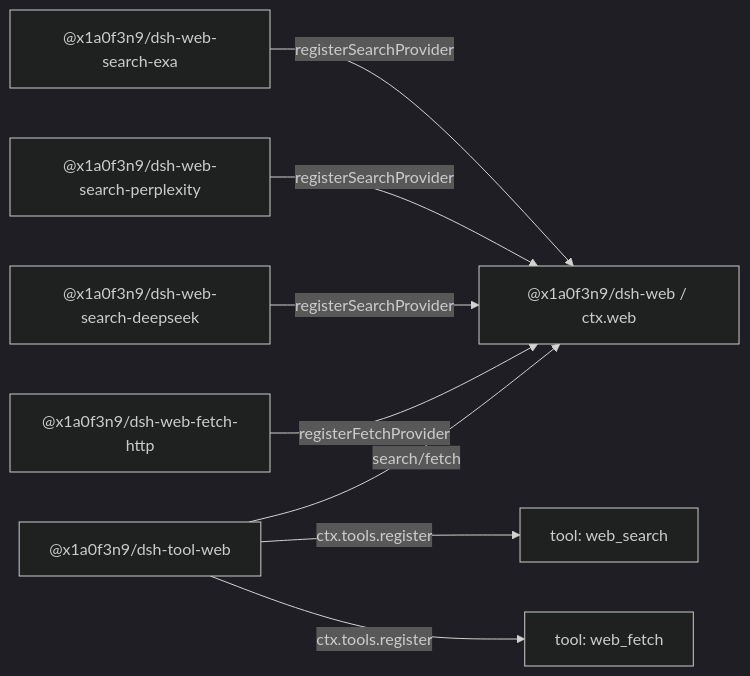
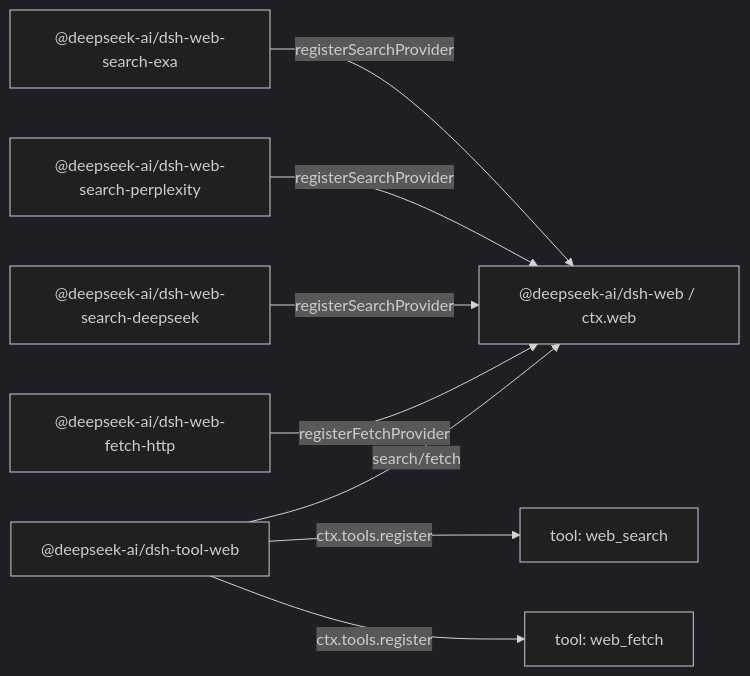
Before and after one commit to 0r4ng3cc/deepseek-harness: the diagram in .agents/notes/implemented/architecture/2026-06-24-web-capability-seam.md, drawn with Mermaid (dark theme). The commit also changed other lines of this file and 4642 other files, not shown here.

````diff
--- a/.agents/notes/implemented/architecture/2026-06-24-web-capability-seam.md
+++ b/.agents/notes/implemented/architecture/2026-06-24-web-capability-seam.md
@@ -58,10 +58,10 @@
 ```mermaid
 flowchart LR
-  exa["@x1a0f3n9/dsh-web-search-exa"] -->|registerSearchProvider| web["@x1a0f3n9/dsh-web / ctx.web"]
-  perplexity["@x1a0f3n9/dsh-web-search-perplexity"] -->|registerSearchProvider| web
-  deepseek["@x1a0f3n9/dsh-web-search-deepseek"] -->|registerSearchProvider| web
-  fetchLocal["@x1a0f3n9/dsh-web-fetch-http"] -->|registerFetchProvider| web
-  toolWeb["@x1a0f3n9/dsh-tool-web"] -->|search/fetch| web
+  exa["@deepseek-ai/dsh-web-search-exa"] -->|registerSearchProvider| web["@deepseek-ai/dsh-web / ctx.web"]
+  perplexity["@deepseek-ai/dsh-web-search-perplexity"] -->|registerSearchProvider| web
+  deepseek["@deepseek-ai/dsh-web-search-deepseek"] -->|registerSearchProvider| web
+  fetchLocal["@deepseek-ai/dsh-web-fetch-http"] -->|registerFetchProvider| web
+  toolWeb["@deepseek-ai/dsh-tool-web"] -->|search/fetch| web
   toolWeb -->|ctx.tools.register| webSearch["tool: web_search"]
   toolWeb -->|ctx.tools.register| webFetch["tool: web_fetch"]
 ```
````
